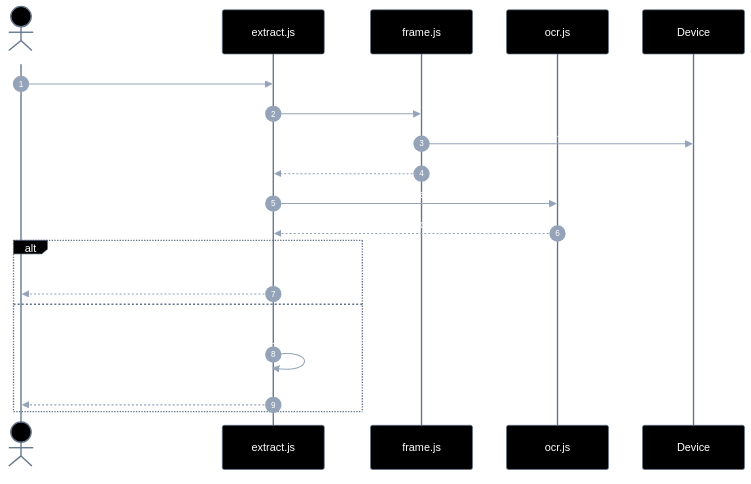
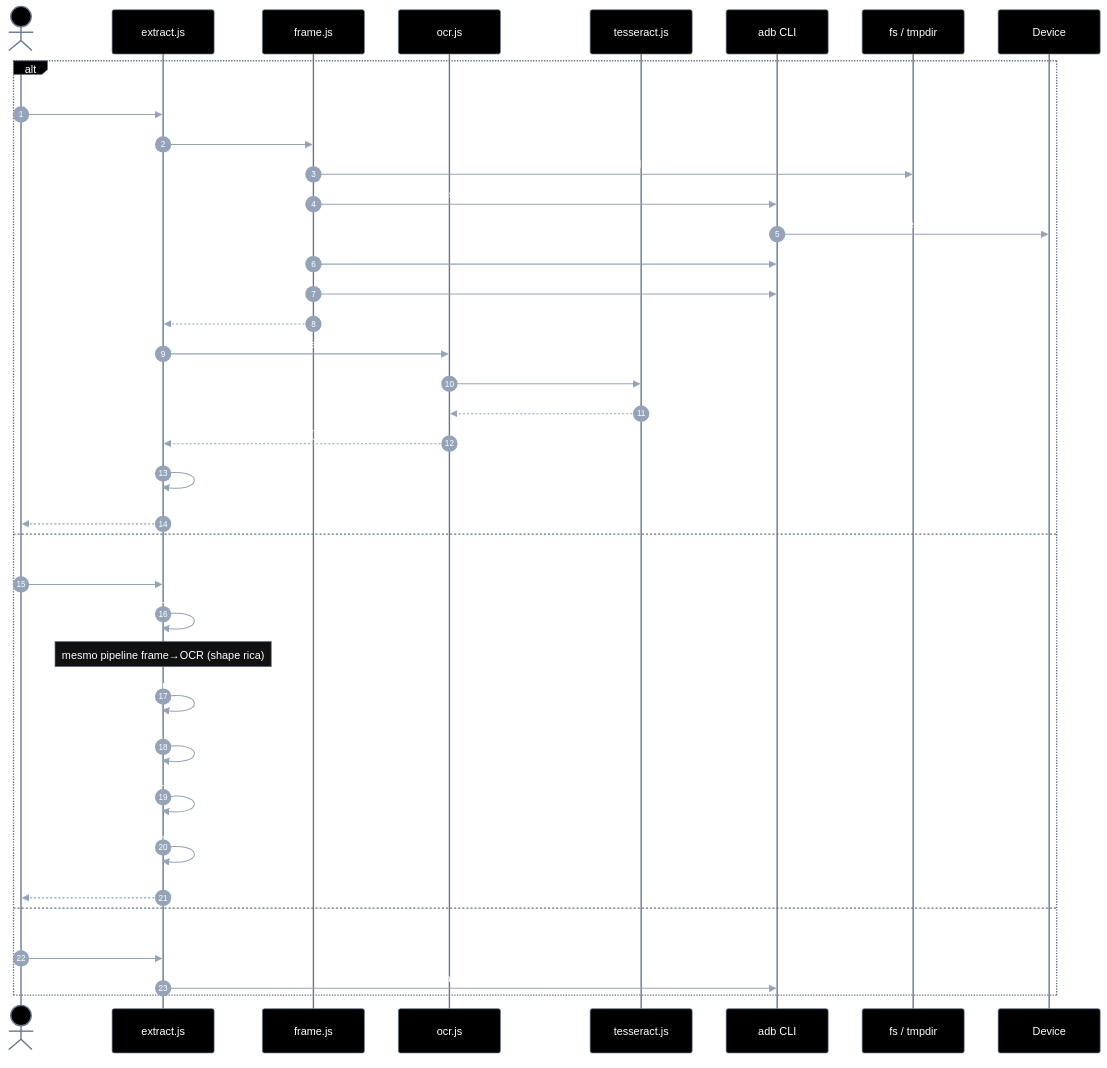
One commit to laerciogermano/workstation changed the seventh of 10 diagrams in screen-robot/arquitetura.md. Above: the diagram before and after it, drawn with Mermaid. The commit also changed other lines of this file, not shown here.

````diff
--- a/screen-robot/arquitetura.md
+++ b/screen-robot/arquitetura.md
@@ -684,46 +748,63 @@
 ```mermaid
 ---
 config:
   theme: base
   themeVariables:
     darkMode: true
     background: '#000000'
     primaryColor: '#000000'
     primaryTextColor: '#ffffff'
     primaryBorderColor: '#64748b'
     lineColor: '#64748b'
     textColor: '#ffffff'
     mainBkg: '#000000'
     actorBkg: '#000000'
     actorBorder: '#64748b'
     actorTextColor: '#ffffff'
     signalColor: '#94a3b8'
     signalTextColor: '#ffffff'
     noteBorderColor: '#64748b'
     noteBkgColor: '#111111'
     noteTextColor: '#ffffff'
-    activationBorderColor: '#64748b'
-    activationBkgColor: '#1a1a1a'
     sequenceNumberColor: '#ffffff'
 ---
 sequenceDiagram
   autonumber
   actor Caller
   participant X as extract.js
   participant F as frame.js
   participant OCR as ocr.js
-  participant D as Device
+  participant Tess as tesseract.js
+  participant ADB as adb CLI
+  participant FS as fs / tmpdir
+  participant Dev as Device
 
-  Caller->>X: extract({ serial }) / findByText(serial, query)
-  X->>F: captureFrame(serial)
-  F->>D: screencap → PNG temp
-  F-->>X: framePath
-  X->>OCR: ocrWords(framePath)
-  OCR-->>X: OcrWord[]
-  alt extract
-    X-->>Caller: [{ type: text, text, bounds, center }, …]
-  else findByText
-    X->>X: matchByText (janelas lado a lado)
+  alt extract({ serial })
+    Caller->>X: extract
+    X->>F: captureFrame(serial)
+    F->>FS: mkdir tmp PNG
+    F->>ADB: shell screencap -p /sdcard/sr-frame.png
+    ADB->>Dev: screencap
+    F->>ADB: pull → outPath
+    F->>ADB: shell rm remote
+    F-->>X: framePath
+    X->>OCR: ocrWords(framePath)
+    OCR->>Tess: Tesseract.recognize(por+eng)
+    Tess-->>OCR: words[]
+    OCR-->>X: OcrWord[] (conf≥40)
+    X->>X: withCenter → type text
+    X-->>Caller: TextElement[]
+  else findByText(serial, query)
+    Caller->>X: findByText
+    X->>X: extractElements(serial)
+    Note over X: mesmo pipeline frame→OCR (shape rica)
+    X->>X: matchByText(elements, query)
+    X->>X: flattenElements / normalizeText
+    X->>X: similarity / sequenceBonus / levenshteinRatio
+    X->>X: sameLineNeighbors + unionBounds
     X-->>Caller: hit | null
+  else dumpUiXml (legado eventos)
+    Caller->>X: dumpUiXml(serial)
+    X->>ADB: uiautomator dump + cat
   end
 ```
````
